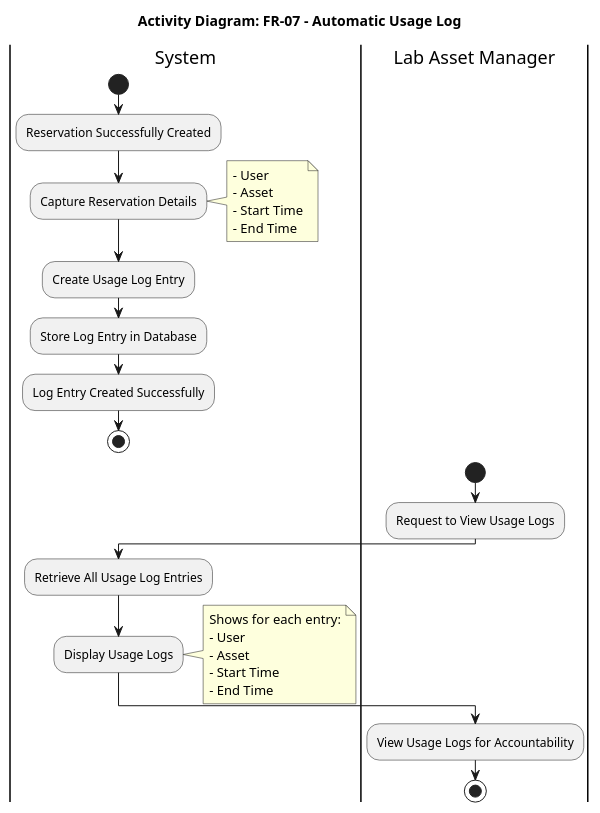
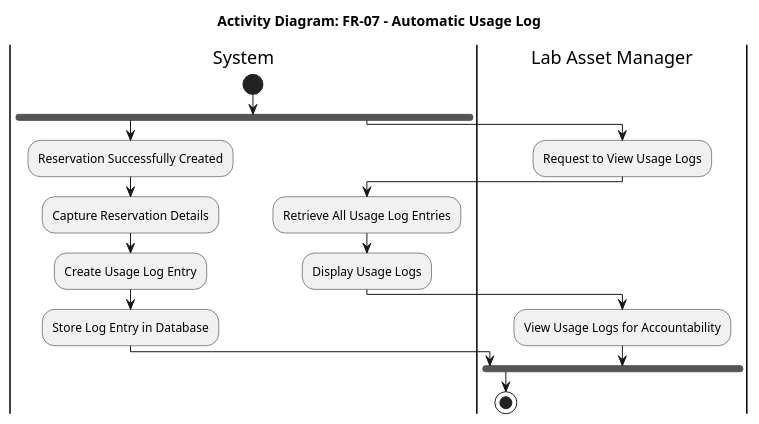
The diagram in design/activity_diagrams/AD-07 Automatic Usage Log.puml (Farzaanw/Lab-Asset-Management-System), drawn with PlantUML before and after one commit.

Commit message:
Update AD-07 Automatic Usage Log.puml
added quinn's changes

````diff
--- a/design/activity_diagrams/AD-07 Automatic Usage Log.puml
+++ b/design/activity_diagrams/AD-07 Automatic Usage Log.puml
@@ -1,48 +1,24 @@
-@startuml FR-07_Usage_Logging_Simplified
-
+@startuml
 title Activity Diagram: FR-07 - Automatic Usage Log
-
-|System|
+    |System|
+    
 start
-
-:Reservation Successfully Created;
-
-:Capture Reservation Details;
-note right
-  - User
-  - Asset
-  - Start Time
-  - End Time
-end note
-
-:Create Usage Log Entry;
-
-:Store Log Entry in Database;
-
-:Log Entry Created Successfully;
+    |System|
+fork
+    |System|
+    :Reservation Successfully Created;
+    :Capture Reservation Details;
+    :Create Usage Log Entry;
+    :Store Log Entry in Database;
+fork again
+    |Lab Asset Manager|
+    :Request to View Usage Logs;
+    |System|
+    :Retrieve All Usage Log Entries;
+    :Display Usage Logs;
+    |Lab Asset Manager|
+    :View Usage Logs for Accountability;
+end fork
 
 stop
-
-|Lab Asset Manager|
-start
-
-:Request to View Usage Logs;
-
-|System|
-:Retrieve All Usage Log Entries;
-
-:Display Usage Logs;
-note right
-  Shows for each entry:
-  - User
-  - Asset
-  - Start Time
-  - End Time
-end note
-
-|Lab Asset Manager|
-:View Usage Logs for Accountability;
-
-stop
-
-@enduml
+@enduml```
````
